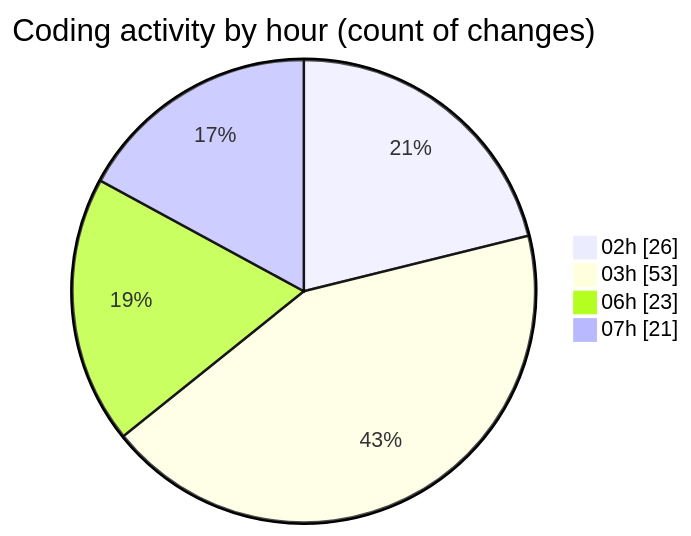
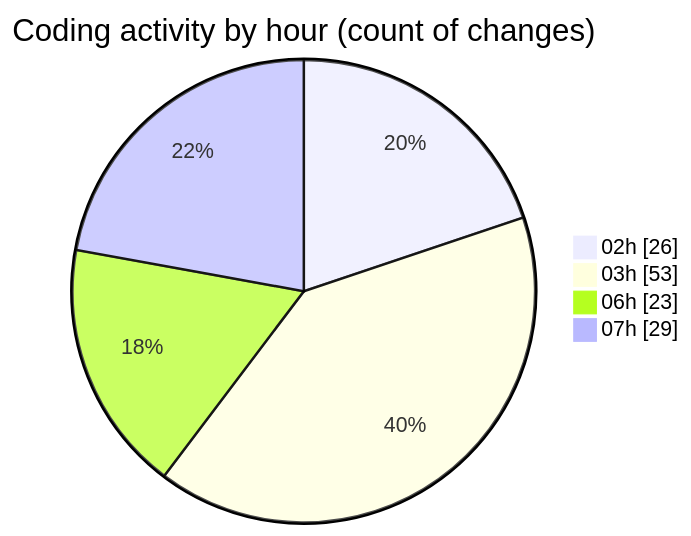
Before and after one commit to charlie-sans/code-tracking: the second of 2 diagrams in 2025-02-22/micros/README.md, drawn with Mermaid. The commit also changed other lines of this file and 1 other file, not shown here.

````diff
--- a/2025-02-22/micros/README.md
+++ b/2025-02-22/micros/README.md
@@ -69,8 +70,8 @@
 ```mermaid
 pie showData
 title Coding activity by hour (count of changes)
 "02h" : 26
 "03h" : 53
 "06h" : 23
-"07h" : 21
+"07h" : 29
 ```
````
